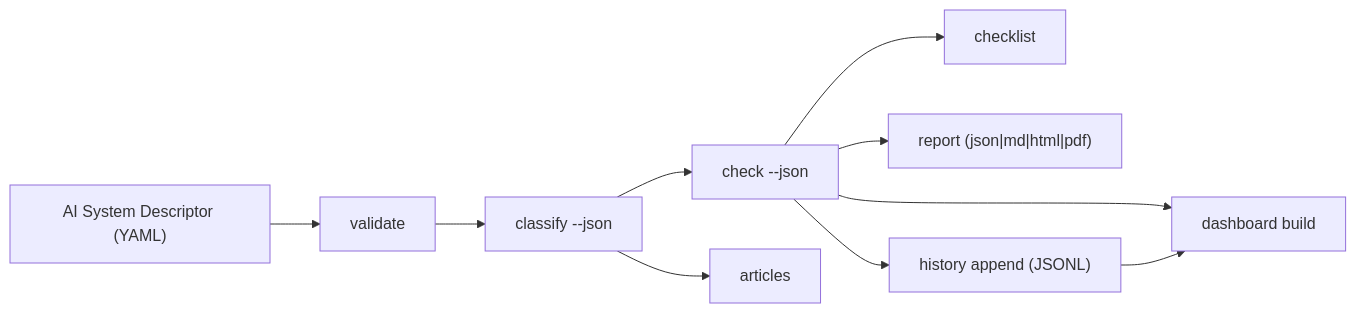
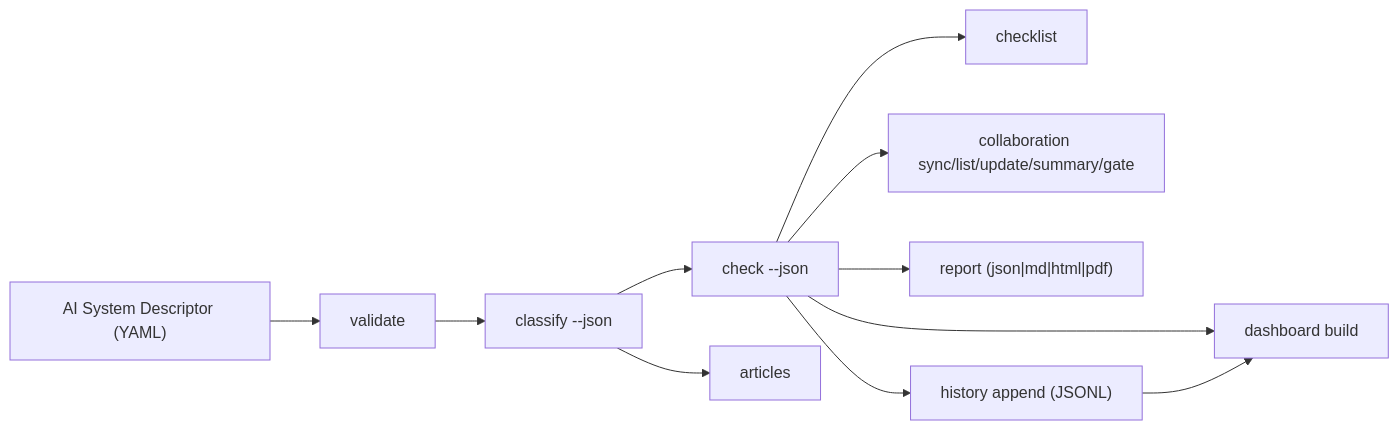
Before and after one commit to ogulcanaydogan/eu-ai-act-compliance-kit: the first of 2 diagrams in README.md, drawn with Mermaid. The commit also changed other lines of this file and 16 other files, not shown here.

````diff
--- a/README.md
+++ b/README.md
@@ -26,12 +27,13 @@
 ```mermaid
 flowchart LR
     A["AI System Descriptor (YAML)"] --> B["validate"]
     B --> C["classify --json"]
     C --> D["check --json"]
     D --> E["checklist"]
+    D --> J["collaboration sync/list/update/summary/gate"]
     D --> F["report (json|md|html|pdf)"]
     D --> G["history append (JSONL)"]
     C --> H["articles"]
     D --> I["dashboard build"]
     G --> I
 ```
````
